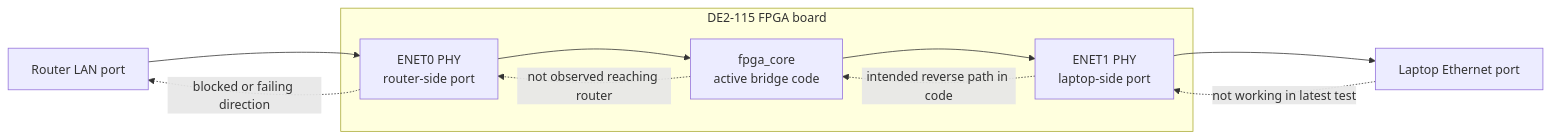
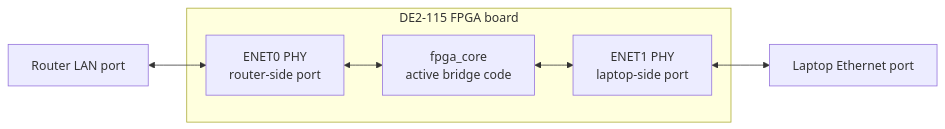
Before and after one commit to TheMohammadKhalil/fpga-based-network-firewall: the first of 6 diagrams in docs/code_flowchart.md, drawn with Mermaid. The commit also changed other lines of this file and 4 other files, not shown here.

Commit message:
flowchart edits

````diff
--- a/docs/code_flowchart.md
+++ b/docs/code_flowchart.md
@@ -15,17 +15,16 @@
 ```mermaid
 flowchart LR
     ROUTER[Router LAN port]
     LAPTOP[Laptop Ethernet port]
 
     subgraph FPGA["DE2-115 FPGA board"]
         ENET0[ENET0 PHY<br/>router-side port]
+        CORE[fpga_core<br/>active bridge code]
         ENET1[ENET1 PHY<br/>laptop-side port]
-        CORE[fpga_core<br/>active bridge code]
     end
 
-    ROUTER --> ENET0 --> CORE --> ENET1 --> LAPTOP
-    LAPTOP -. not working in latest test .-> ENET1
-    ENET1 -. intended reverse path in code .-> CORE
-    CORE -. not observed reaching router .-> ENET0
-    ENET0 -. blocked or failing direction .-> ROUTER
+    ROUTER <--> ENET0
+    ENET0 <--> CORE
+    CORE <--> ENET1
+    ENET1 <--> LAPTOP
 ```
````
